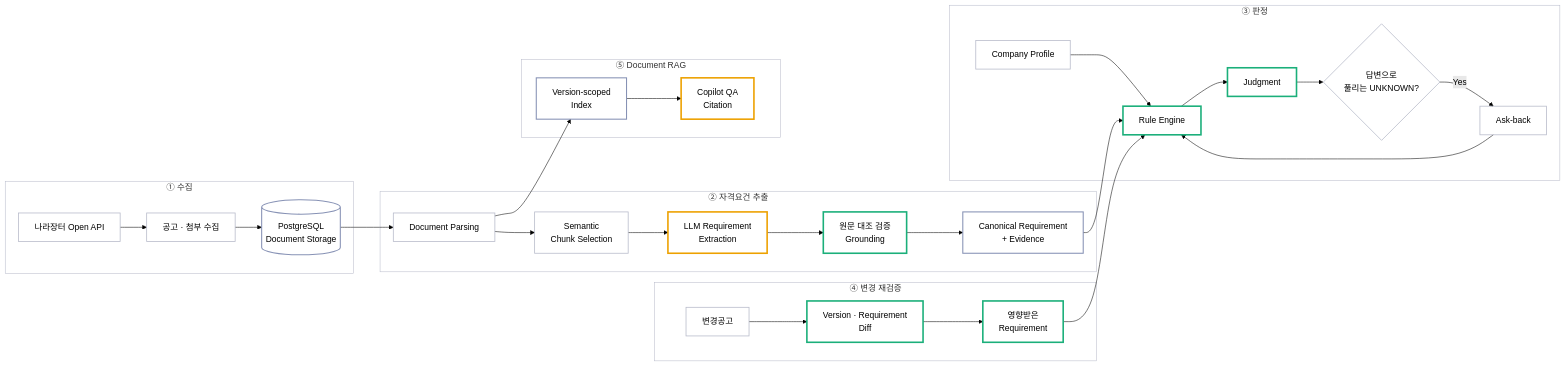
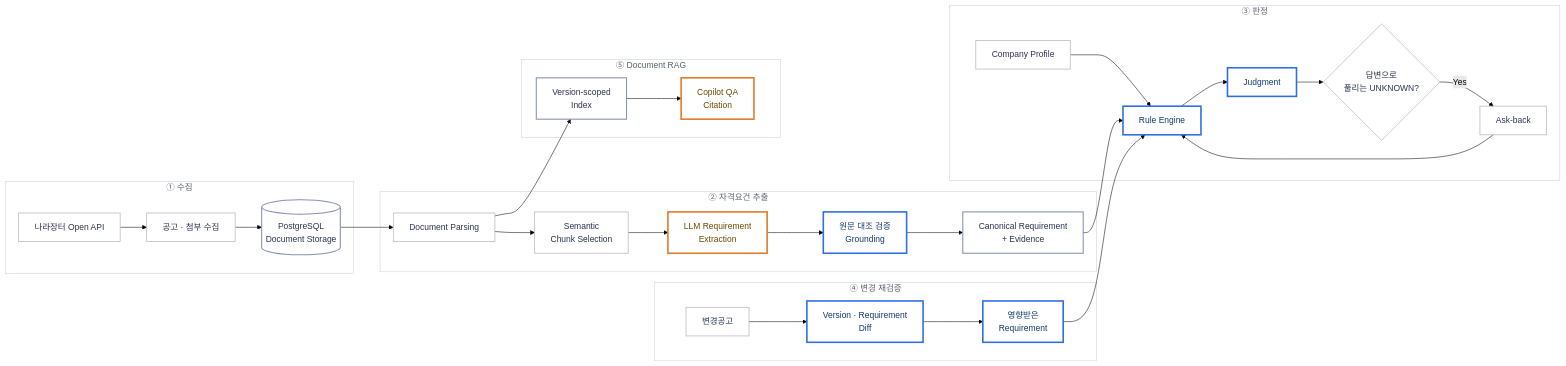
The ninth of 10 diagrams in README.md (SKNETWORKS-FAMILY-AICAMP/SKN34-3rd-4Team), drawn with Mermaid (forest theme) before and after one commit. The commit also changed other lines of this file and 2 other files, not shown here.

Commit message:
docs: 이용안내·회사 프로필 캡처 추가, Mermaid 색 팔레트 통일

````diff
--- a/README.md
+++ b/README.md
@@ -567,46 +631,47 @@
 ```mermaid
 flowchart LR
     subgraph collect["① 수집"]
         A[나라장터 Open API] --> B[공고 · 첨부 수집]
         B --> C[(PostgreSQL<br/>Document Storage)]
     end
 
     subgraph extract["② 자격요건 추출"]
         D[Document Parsing] --> E[Semantic<br/>Chunk Selection]
         E --> F["LLM Requirement<br/>Extraction"]
         F --> G["원문 대조 검증<br/>Grounding"]
         G --> H[Canonical Requirement<br/>+ Evidence]
     end
 
     subgraph judge["③ 판정"]
         P[Company Profile] --> I[Rule Engine]
         I --> J[Judgment]
         J --> K{답변으로<br/>풀리는 UNKNOWN?}
         K -->|Yes| L[Ask-back] --> I
     end
 
     subgraph change["④ 변경 재검증"]
         M[변경공고] --> N[Version · Requirement<br/>Diff] --> O[영향받은<br/>Requirement]
     end
 
     subgraph rag["⑤ Document RAG"]
         R[Version-scoped<br/>Index] --> S["Copilot QA<br/>Citation"]
     end
 
     C --> D
     H --> I
     O --> I
     D --> R
 
-    classDef llm fill:none,stroke:#eda100,stroke-width:3px
-    classDef rule fill:none,stroke:#1baf7a,stroke-width:3px
-    classDef store fill:none,stroke:#8792b5,stroke-width:2px
-    classDef plain fill:none,stroke:#b9bccb,stroke-width:1.5px
-    classDef zone fill:none,stroke:#b9bccb,stroke-width:1px
+    classDef core  fill:none,stroke:#2F6FE4,stroke-width:3px,color:#123A6B
+    classDef llm   fill:none,stroke:#DD7B2B,stroke-width:3px,color:#6B4A00
+    classDef safe  fill:none,stroke:#2E9E4F,stroke-width:2.5px,color:#0F4F39
+    classDef src   fill:none,stroke:#8792B5,stroke-width:2px,color:#2B3350
+    classDef plain fill:none,stroke:#B9BCCB,stroke-width:1.5px,color:#2B3350
+    classDef zone  fill:none,stroke:#C9CFDC,stroke-width:1px,color:#5C6270
 
     class F,S llm
-    class G,I,J,N,O rule
-    class C,H,R store
+    class G,I,J,N,O core
+    class C,H,R src
     class A,B,D,E,P,K,L,M plain
     class collect,extract,judge,change,rag zone
 ```
````
